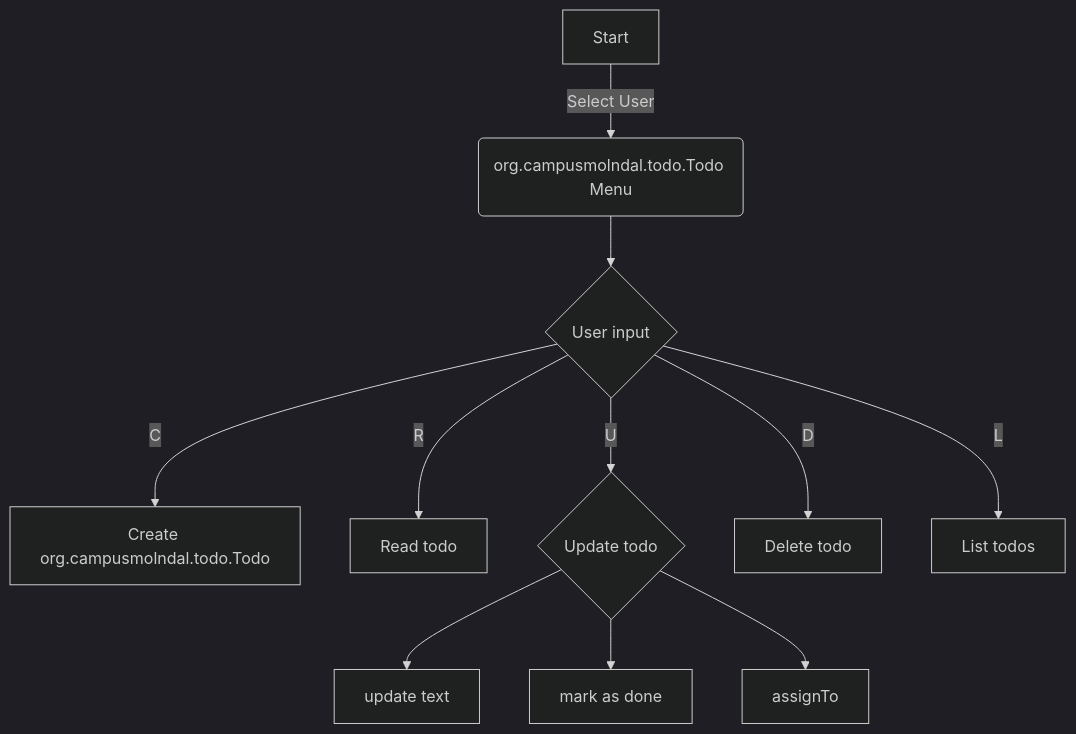
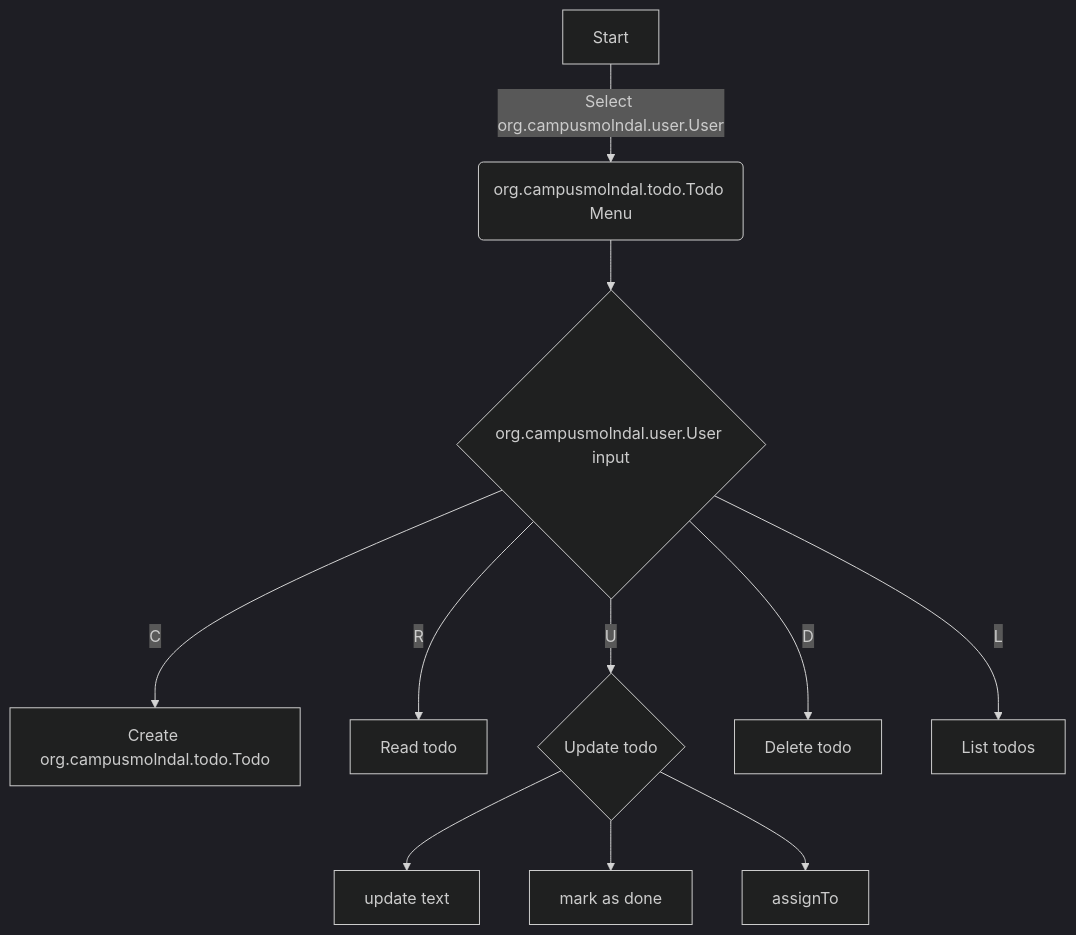
One commit to Campus-Molndal-JIN23/todolist-Bremmster changed the first of 2 diagrams in UserFlow.md. Above: the diagram before and after it, drawn with Mermaid (dark theme). The commit also changed 15 other files, not shown here.

````diff
--- a/UserFlow.md
+++ b/UserFlow.md
@@ -1,13 +1,13 @@
 ``` mermaid
 flowchart TD
-    A[Start] -->|Select User| B(org.campusmolndal.todo.Todo Menu)
-    B -->C{User input}
+    A[Start] -->|Select org.campusmolndal.user.User| B(org.campusmolndal.todo.Todo Menu)
+    B -->C{org.campusmolndal.user.User input}
     C -->|C| D[Create org.campusmolndal.todo.Todo]
     C -->|R| E[Read todo]
     C -->|U| F{Update todo}
     F --> F1[update text]
     F --> F2[mark as done]
     F --> F3[assignTo]
     C --> |D|G[Delete todo]
     C --> |L|H[List todos]
 ```
````
